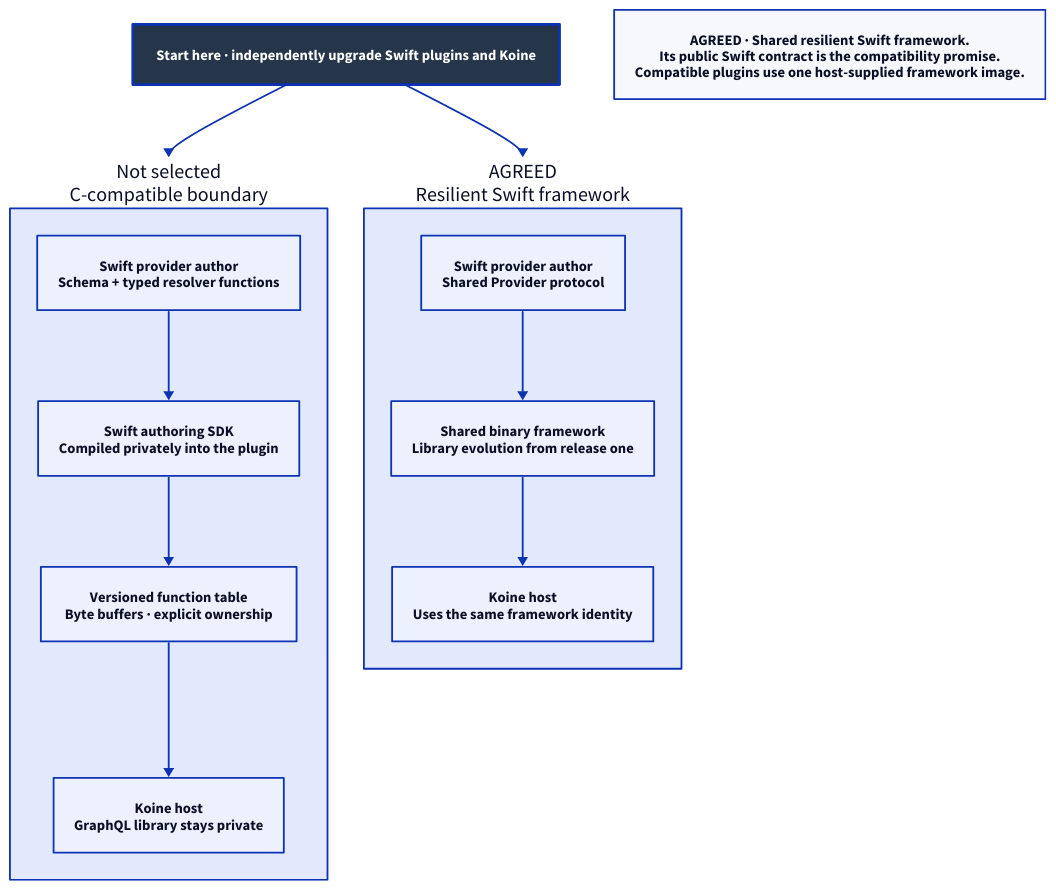
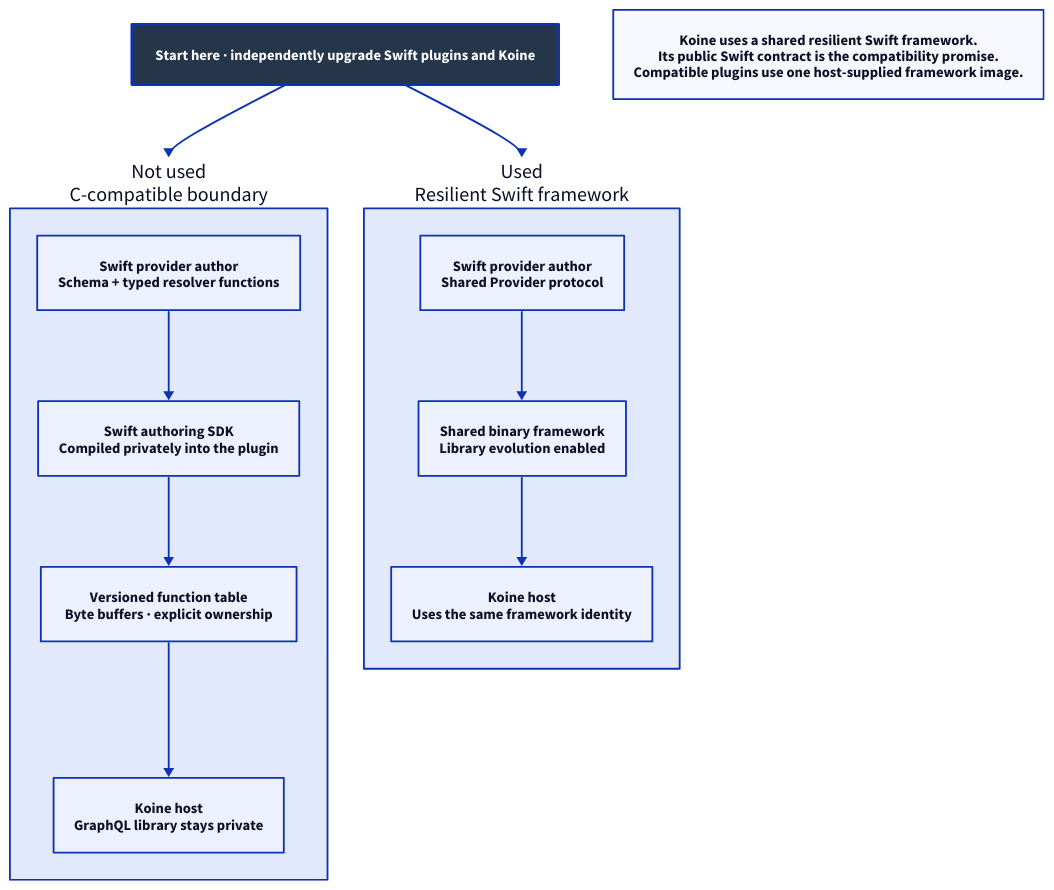
The diagram in docs/design/architecture/plugin-abi-options.d2 (Linkuistics/Koine), drawn with D2 before and after one commit. The commit also changed 48 other files, not shown here.

```diff
--- a/docs/design/architecture/plugin-abi-options.d2
+++ b/docs/design/architecture/plugin-abi-options.d2
@@ -1,27 +1,27 @@
 # General dependency graph. Alternative library interfaces, not deployment containers.
 direction: down
 classes: {
   start: {style: {fill: "#25364B"; font-color: "#FFFFFF"; bold: true; stroke-width: 3}}
 }
 Question: "Start here · independently upgrade Swift plugins and Koine" {class: start}
-C: "Not selected\nC-compatible boundary" {
+C: "Not used\nC-compatible boundary" {
   style.font-size: 22
   Author: "Swift provider author\nSchema + typed resolver functions"
   SDK: "Swift authoring SDK\nCompiled privately into the plugin"
   ABI: "Versioned function table\nByte buffers · explicit ownership"
   Host: "Koine host\nGraphQL library stays private"
   Author -> SDK
   SDK -> ABI
   ABI -> Host
 }
-Swift: "AGREED\nResilient Swift framework" {
+Swift: "Used\nResilient Swift framework" {
   style.font-size: 22
   Author: "Swift provider author\nShared Provider protocol"
-  Framework: "Shared binary framework\nLibrary evolution from release one"
+  Framework: "Shared binary framework\nLibrary evolution enabled"
   Host: "Koine host\nUses the same framework identity"
   Author -> Framework
   Framework -> Host
 }
 Question -> C
 Question -> Swift
-Note: "AGREED · Shared resilient Swift framework.\nIts public Swift contract is the compatibility promise.\nCompatible plugins use one host-supplied framework image."
+Note: "Koine uses a shared resilient Swift framework.\nIts public Swift contract is the compatibility promise.\nCompatible plugins use one host-supplied framework image."
```
